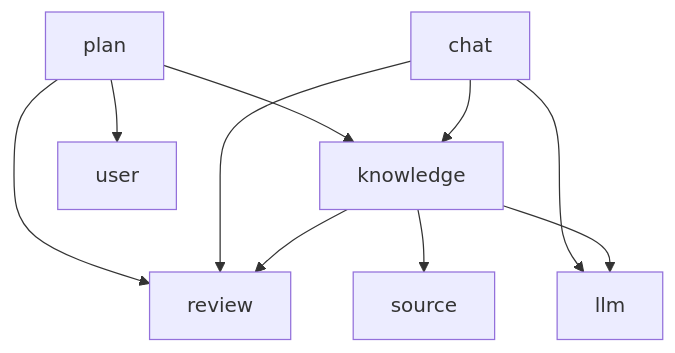
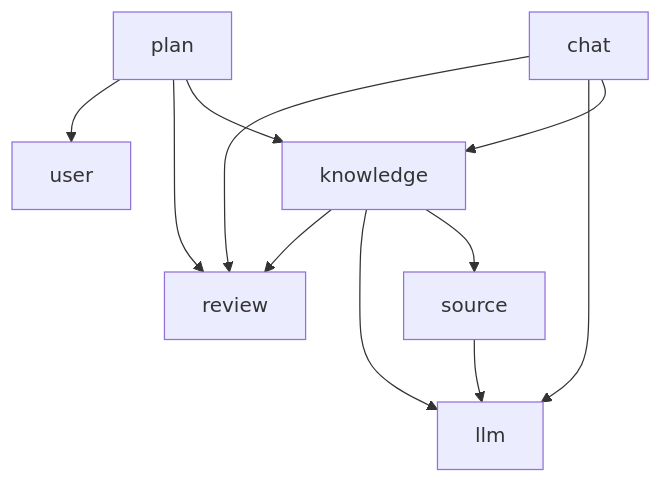
One commit to lemon111345/wengu-learn changed the second of 2 diagrams in docs/tech-design.md. Above: the diagram before and after it, drawn with Mermaid. The commit also changed other lines of this file and 19 other files, not shown here.

Commit message:
feat(source): 题目切分 prompt v1、SplitValidator 与切分实验；决策 011，修订决策 002 增加 source → llm（#15）

````diff
--- a/docs/tech-design.md
+++ b/docs/tech-design.md
@@ -68,12 +68,13 @@
 ```mermaid
 flowchart TB
     plan --> knowledge
     plan --> review
     plan --> user
     chat --> knowledge
     chat --> llm
     chat --> review
     knowledge --> source
     knowledge --> llm
     knowledge --> review
+    source --> llm
 ```
````
